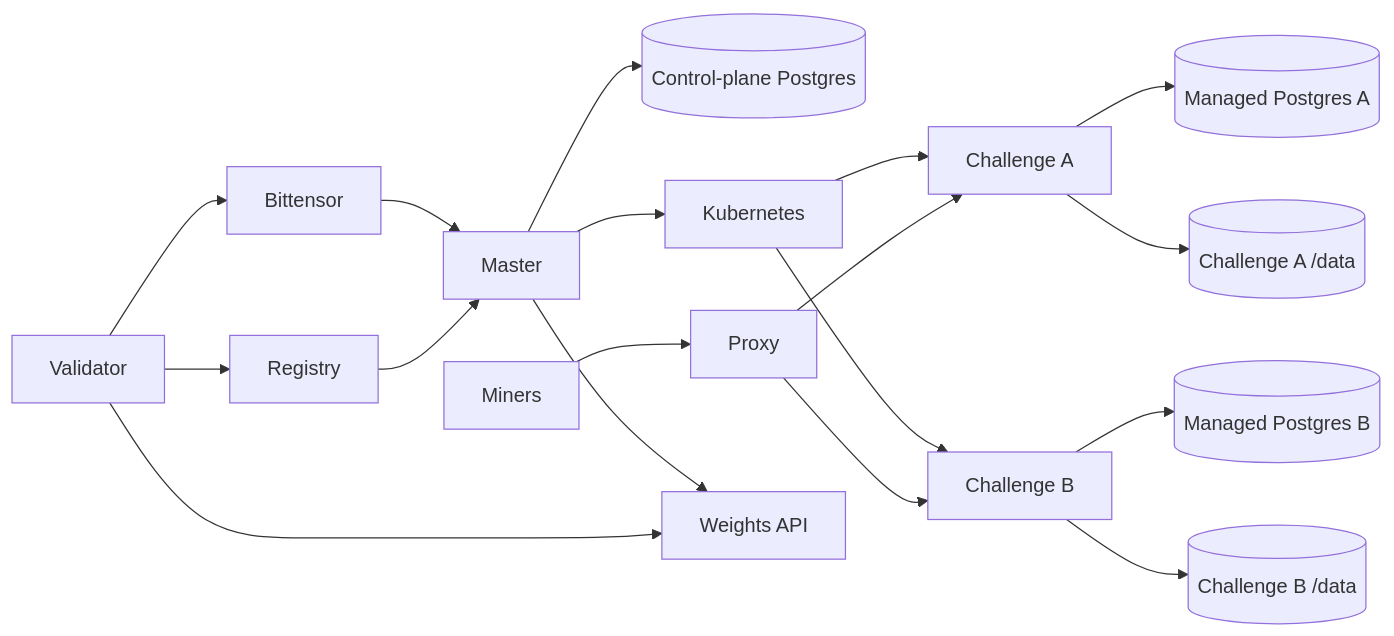
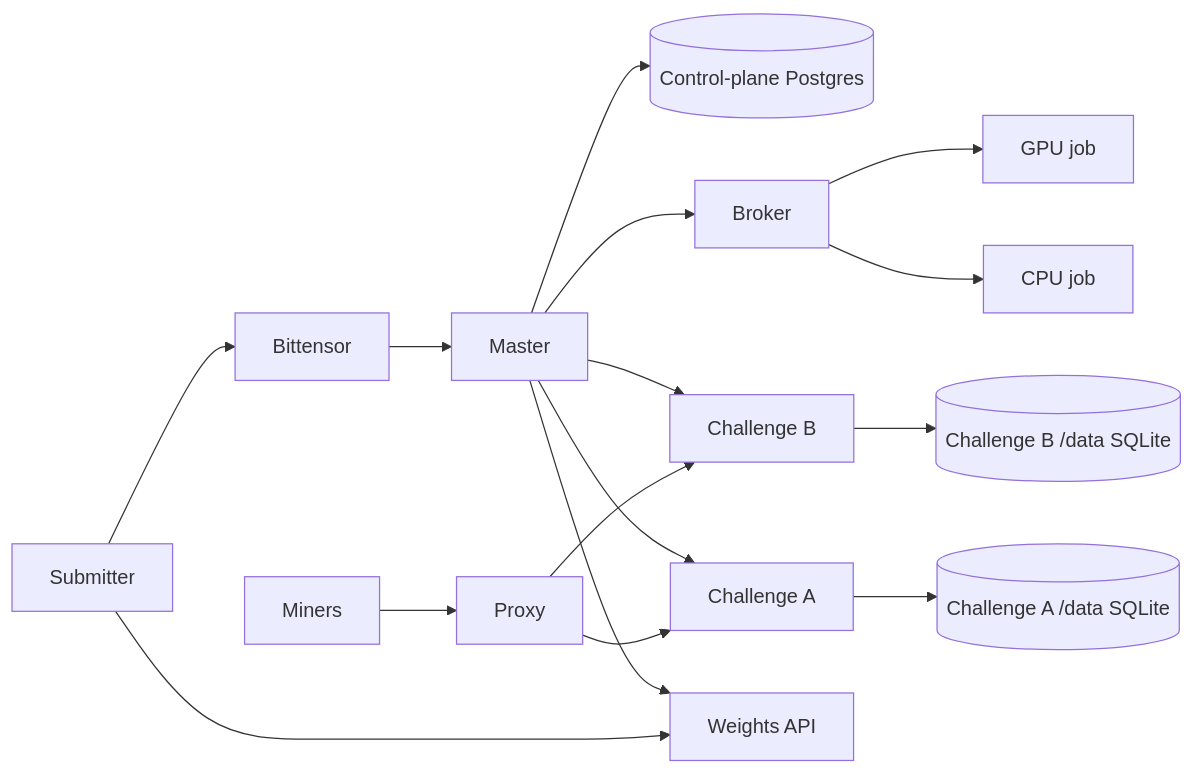
Before and after one commit to BaseIntelligence/base: the first of 2 diagrams in README.md, drawn with Mermaid. The commit also changed other lines of this file and 144 other files, not shown here.

````diff
--- a/README.md
+++ b/README.md
@@ -60,20 +65,18 @@
 ```mermaid
 flowchart LR
     BT[Bittensor] --> M[Master]
     M --> PG[(Control-plane Postgres)]
-    M --> K8S[Kubernetes]
-    K8S --> C1[Challenge A]
-    K8S --> C2[Challenge B]
-    C1 --> P1[(Managed Postgres A)]
-    C2 --> P2[(Managed Postgres B)]
-    C1 --> D1[(Challenge A /data)]
-    C2 --> D2[(Challenge B /data)]
-    V[Validator] --> R[Registry]
-    R --> M
+    M --> C1[Challenge A]
+    M --> C2[Challenge B]
+    C1 --> D1[(Challenge A /data SQLite)]
+    C2 --> D2[(Challenge B /data SQLite)]
+    M --> B[Broker]
+    B --> J1[CPU job]
+    B --> J2[GPU job]
     U[Miners] --> P[Proxy]
     P --> C1
     P --> C2
     M --> W[Weights API]
-    V --> W
-    V --> BT
+    SUB[Submitter] --> W
+    SUB --> BT
 ```
````
